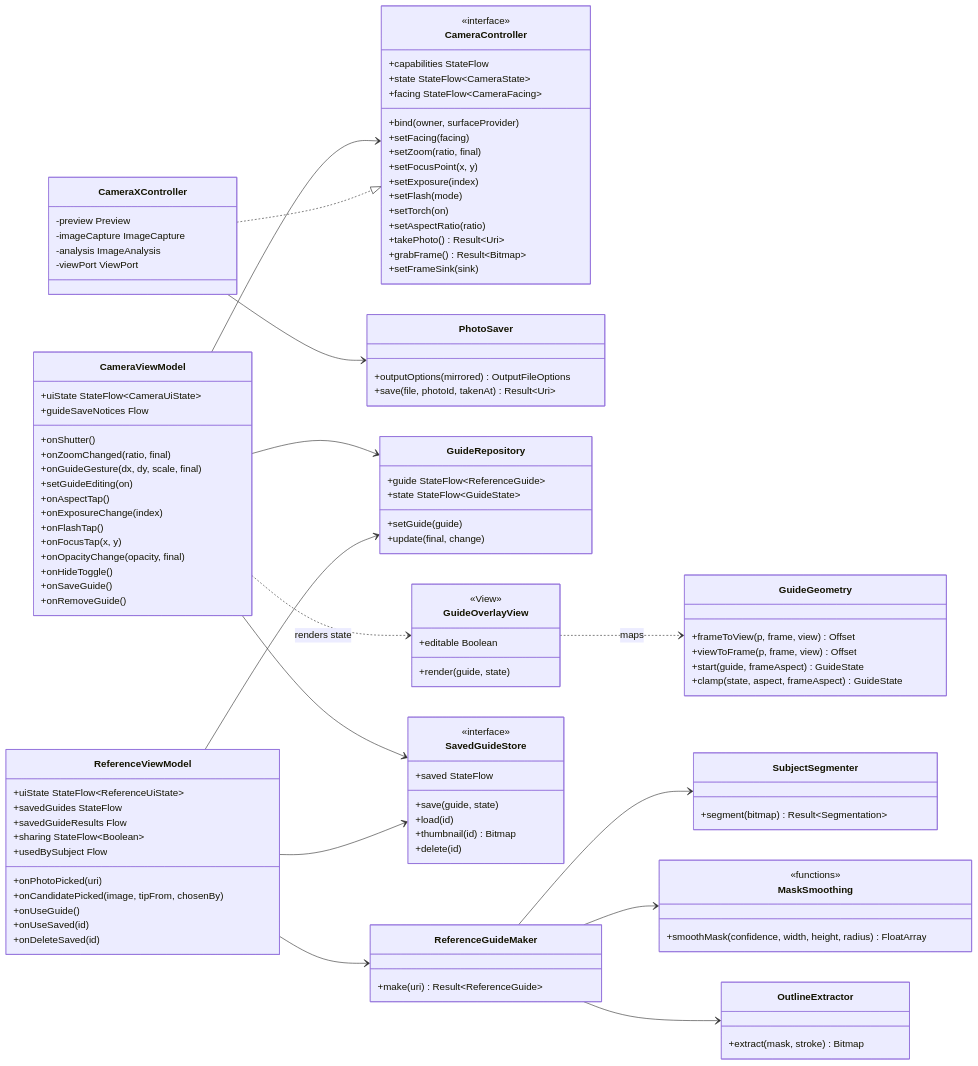
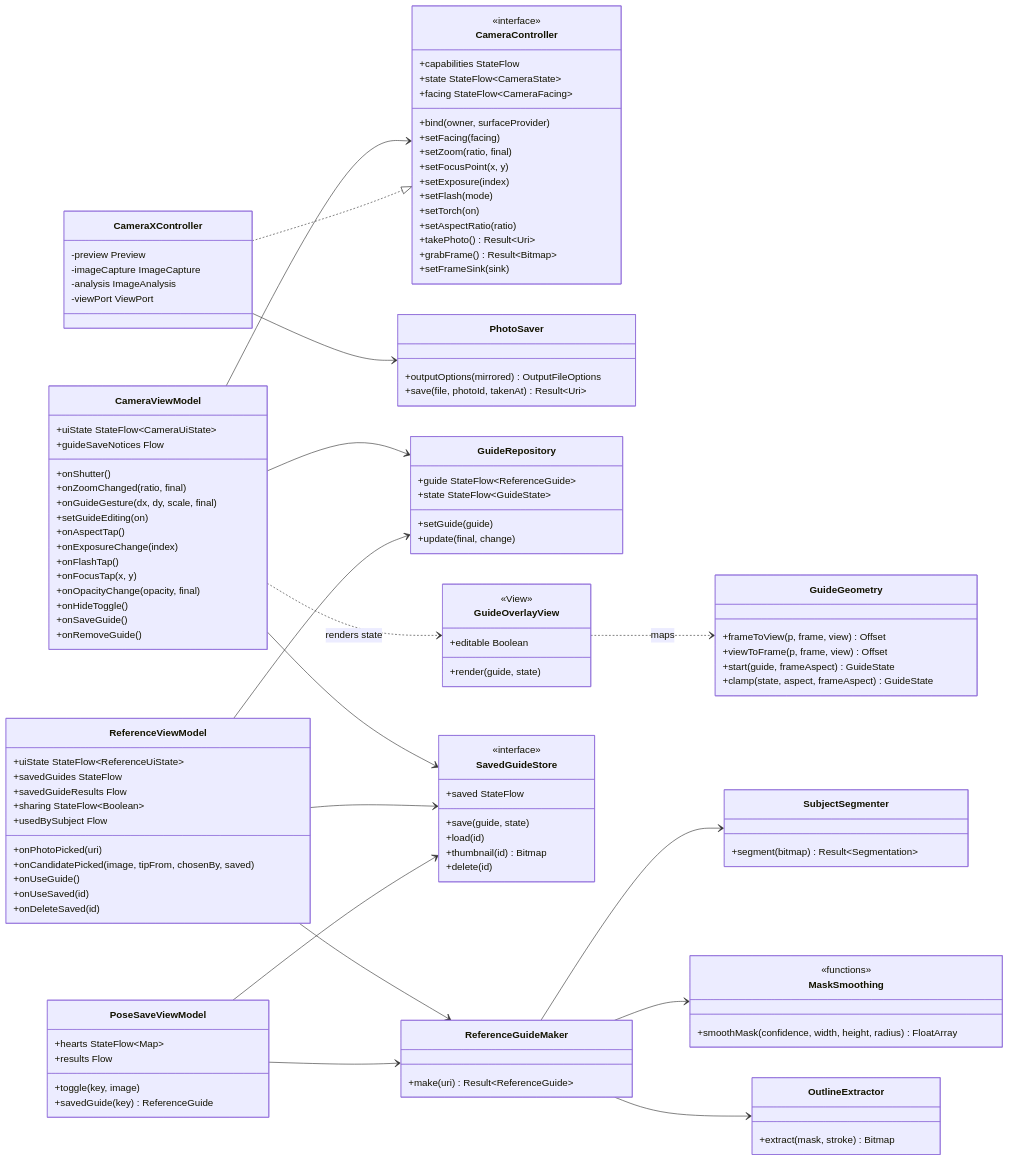
Before and after one commit to snuhcs-course/swpp-2026-project-team-10: the sixth of 12 diagrams in wiki/Design-Documentation.md, drawn with Mermaid. The commit also changed other lines of this file and 33 other files, not shown here.

First line of the commit message:
feat: save a generated pose to the library

````diff
--- a/wiki/Design-Documentation.md
+++ b/wiki/Design-Documentation.md
@@ -577,10 +578,16 @@
     +sharing StateFlow~Boolean~
     +usedBySubject Flow
     +onPhotoPicked(uri)
-    +onCandidatePicked(image, tipFrom, chosenBy)
+    +onCandidatePicked(image, tipFrom, chosenBy, saved)
     +onUseGuide()
     +onUseSaved(id)
     +onDeleteSaved(id)
+  }
+  class PoseSaveViewModel {
+    +hearts StateFlow~Map~
+    +results Flow
+    +toggle(key, image)
+    +savedGuide(key) ReferenceGuide
   }
   class CameraController {
     <<interface>>
@@ -658,6 +665,8 @@
   ReferenceViewModel --> ReferenceGuideMaker
   ReferenceViewModel --> GuideRepository
   ReferenceViewModel --> SavedGuideStore
+  PoseSaveViewModel --> ReferenceGuideMaker
+  PoseSaveViewModel --> SavedGuideStore
   CameraViewModel ..> GuideOverlayView : renders state
   GuideOverlayView ..> GuideGeometry : maps
 ```
````
